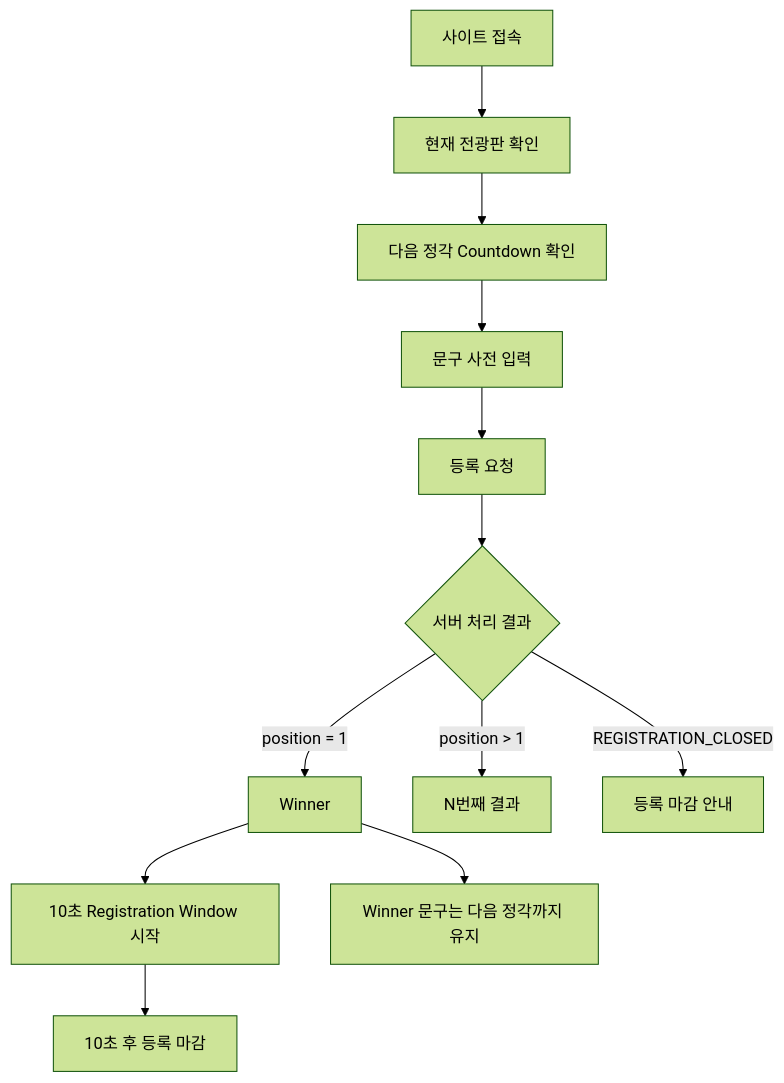
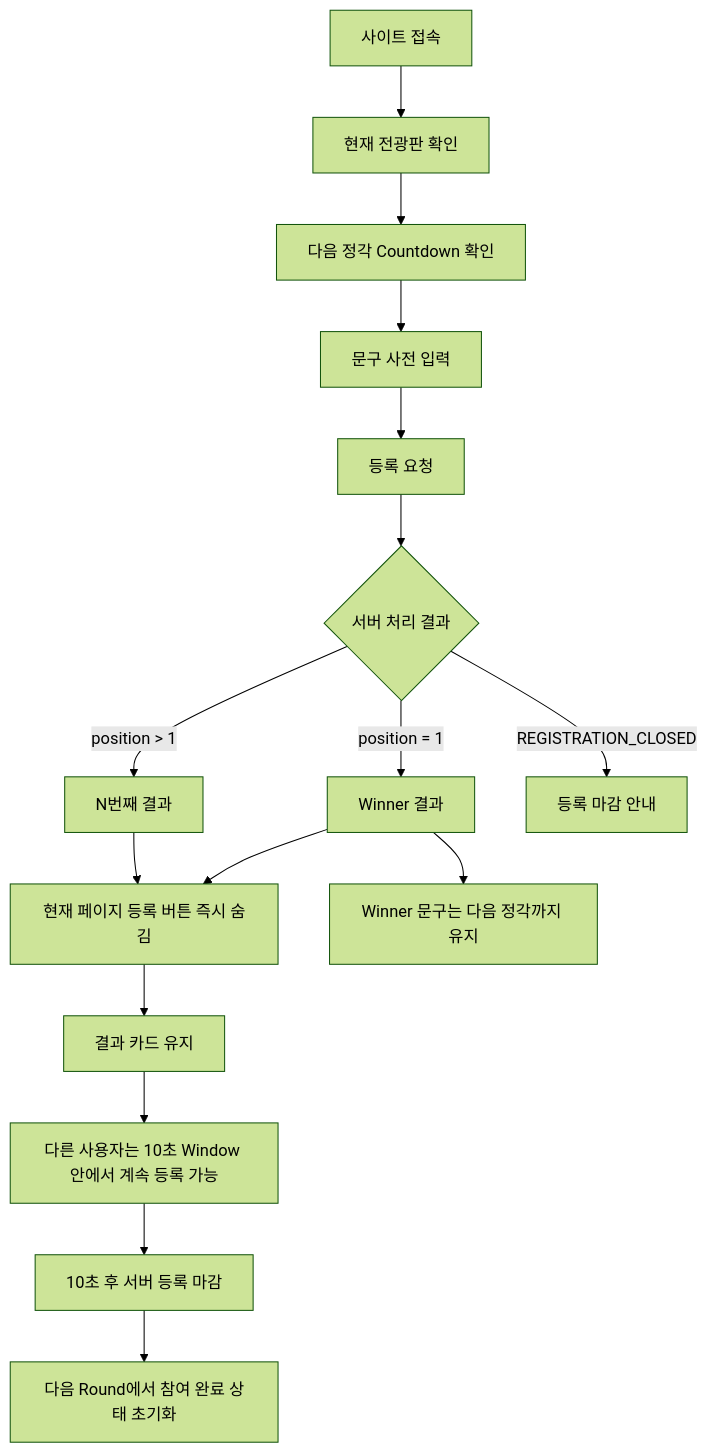
One commit to seoheejung/hourboard changed the first of 3 diagrams in README.md. Above: the diagram before and after it, drawn with Mermaid (forest theme). The commit also changed other lines of this file and 1 other file, not shown here.

````diff
--- a/README.md
+++ b/README.md
@@ -161,14 +156,18 @@
 ```mermaid
 flowchart TD
     A[사이트 접속] --> B[현재 전광판 확인]
     B --> C[다음 정각 Countdown 확인]
     C --> D[문구 사전 입력]
     D --> E[등록 요청]
     E --> F{서버 처리 결과}
-    F -->|position = 1| G[Winner]
-    G --> H[10초 Registration Window 시작]
-    F -->|position > 1| I[N번째 결과]
-    F -->|REGISTRATION_CLOSED| J[등록 마감 안내]
-    H --> K[10초 후 등록 마감]
-    G --> L[Winner 문구는 다음 정각까지 유지]
+    F -->|position = 1| G[Winner 결과]
+    F -->|position > 1| H[N번째 결과]
+    G --> I[현재 페이지 등록 버튼 즉시 숨김]
+    H --> I
+    I --> J[결과 카드 유지]
+    F -->|REGISTRATION_CLOSED| K[등록 마감 안내]
+    J --> L[다른 사용자는 10초 Window 안에서 계속 등록 가능]
+    L --> M[10초 후 서버 등록 마감]
+    G --> N[Winner 문구는 다음 정각까지 유지]
+    M --> O[다음 Round에서 참여 완료 상태 초기화]
 ```
````
